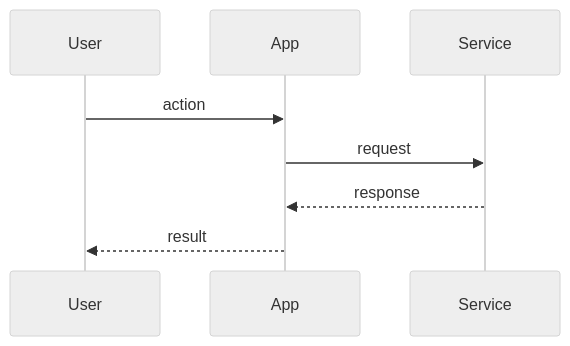
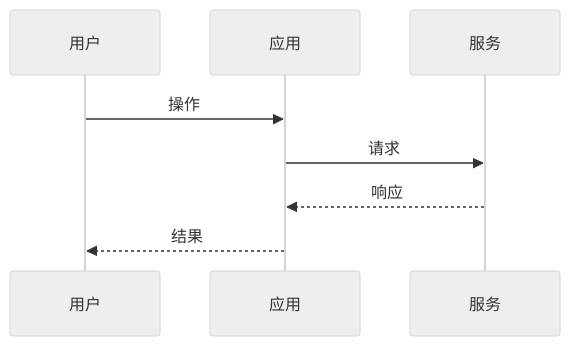
The second of 2 diagrams in docs/templates/Architecture_Template.md (LeapMaCoder/ai-engineer-os), drawn with Mermaid (neutral theme) before and after one commit. The commit also changed other lines of this file and 75 other files, not shown here.

````diff
--- a/docs/templates/Architecture_Template.md
+++ b/docs/templates/Architecture_Template.md
@@ -56,10 +56,10 @@
 ```mermaid
 sequenceDiagram
-  participant U as User
-  participant A as App
-  participant S as Service
-  U->>A: action
-  A->>S: request
-  S-->>A: response
-  A-->>U: result
+  participant U as 用户
+  participant A as 应用
+  participant S as 服务
+  U->>A: 操作
+  A->>S: 请求
+  S-->>A: 响应
+  A-->>U: 结果
 ```
````
